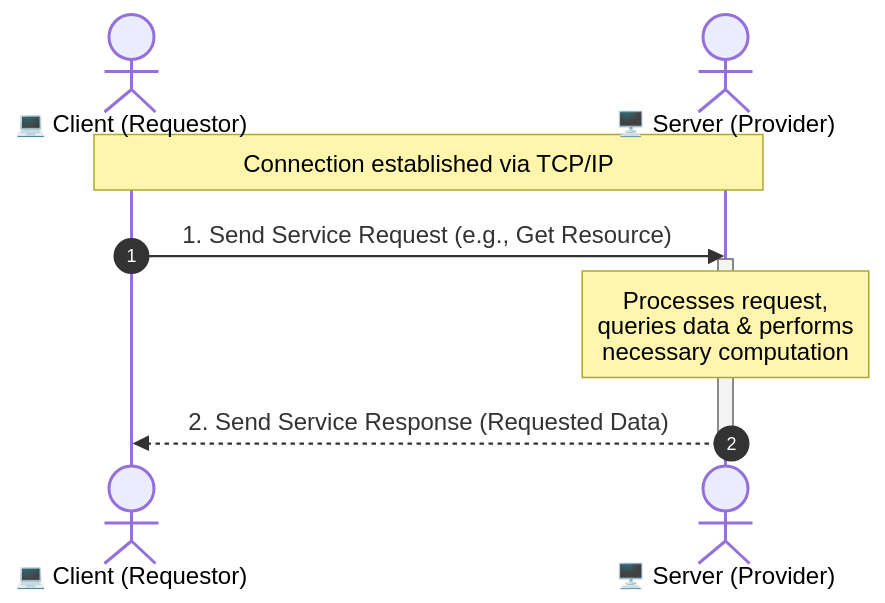
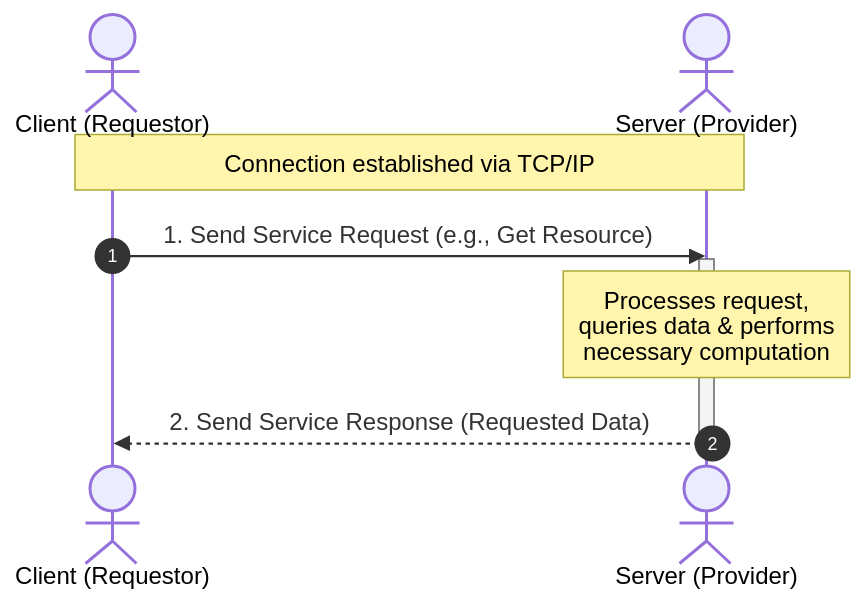
One commit to RameenAnwar/PDC-SP26-SE changed the second of 8 diagrams in Muhammad-Affan-23FA-003-SE/Chapter06/README.md. Above: the diagram before and after it, drawn with Mermaid. The commit also changed other lines of this file, not shown here.

````diff
--- a/Muhammad-Affan-23FA-003-SE/Chapter06/README.md
+++ b/Muhammad-Affan-23FA-003-SE/Chapter06/README.md
@@ -98,13 +98,13 @@
 ```mermaid
 sequenceDiagram
     autonumber
-    actor Client as 💻 Client (Requestor)
-    actor Server as 🖥️ Server (Provider)
+    actor Client as Client (Requestor)
+    actor Server as Server (Provider)
     
     Note over Client,Server: Connection established via TCP/IP
     Client->>Server: 1. Send Service Request (e.g., Get Resource)
     activate Server
     Note over Server: Processes request,<br/>queries data & performs<br/>necessary computation
     Server-->>Client: 2. Send Service Response (Requested Data)
     deactivate Server
 ```
````
